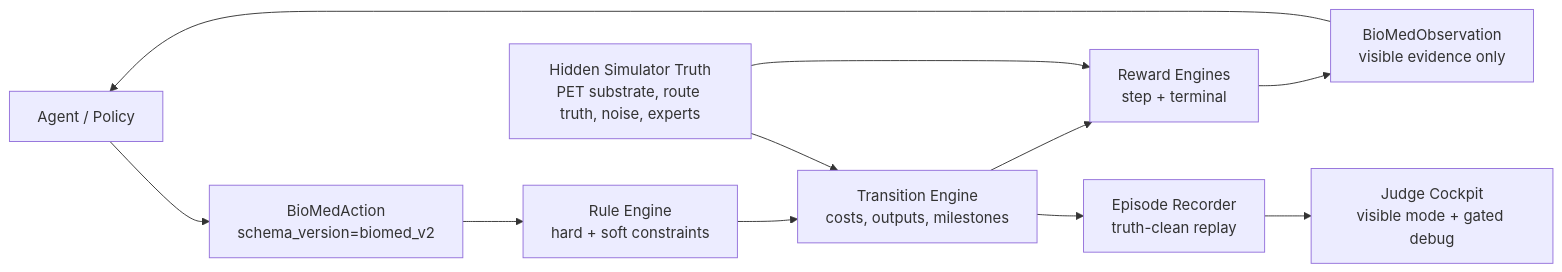
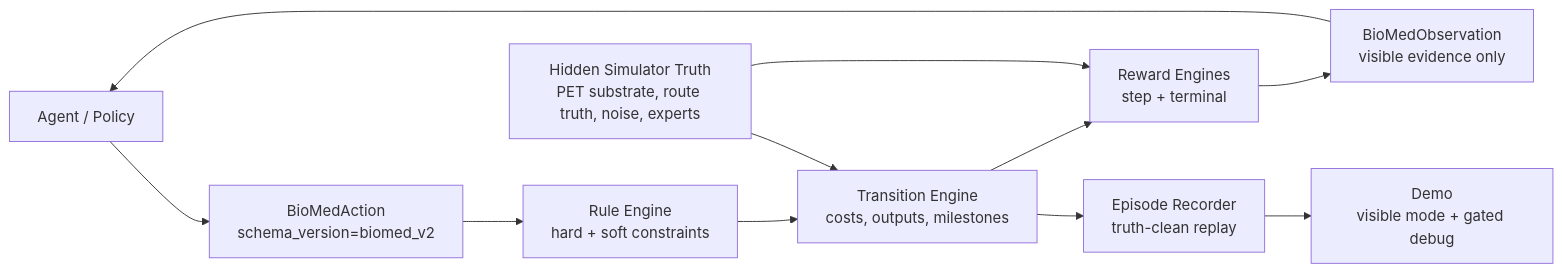
Before and after one commit to anas-mshaikh/bioMed: the fifth of 5 diagrams in README.md, drawn with Mermaid. The commit also changed other lines of this file and 2 other files, not shown here.

````diff
--- a/README.md
+++ b/README.md
@@ -137,14 +137,14 @@
 ```mermaid
 flowchart LR
   Agent["Agent / Policy"] --> Action["BioMedAction<br/>schema_version=biomed_v2"]
   Action --> Rules["Rule Engine<br/>hard + soft constraints"]
   Rules --> Transition["Transition Engine<br/>costs, outputs, milestones"]
   Transition --> Reward["Reward Engines<br/>step + terminal"]
   Reward --> Observation["BioMedObservation<br/>visible evidence only"]
   Observation --> Agent
 
   Latent["Hidden Simulator Truth<br/>PET substrate, route truth, noise, experts"] --> Transition
   Latent --> Reward
   Transition --> Recorder["Episode Recorder<br/>truth-clean replay"]
-  Recorder --> UI["Judge Cockpit<br/>visible mode + gated debug"]
+  Recorder --> UI["Demo<br/>visible mode + gated debug"]
 ```
````
